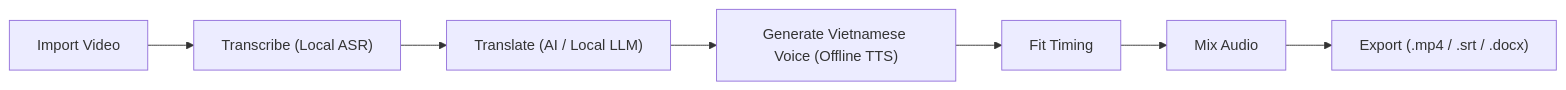
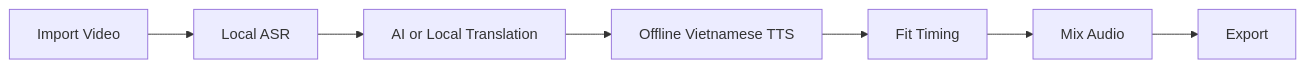
The diagram in README.md (namtit2932k/dubtool), drawn with Mermaid before and after one commit. The commit also changed other lines of this file and 2 other files, not shown here.

````diff
--- a/README.md
+++ b/README.md
@@ -61,9 +60,9 @@
 ```mermaid
 flowchart LR
-  A["Import Video"] --> B["Transcribe (Local ASR)"]
-  B --> C["Translate (AI / Local LLM)"]
-  C --> D["Generate Vietnamese Voice (Offline TTS)"]
+  A["Import Video"] --> B["Local ASR"]
+  B --> C["AI or Local Translation"]
+  C --> D["Offline Vietnamese TTS"]
   D --> E["Fit Timing"]
   E --> F["Mix Audio"]
-  F --> G["Export (.mp4 / .srt / .docx)"]
+  F --> G["Export"]
 ```
````
